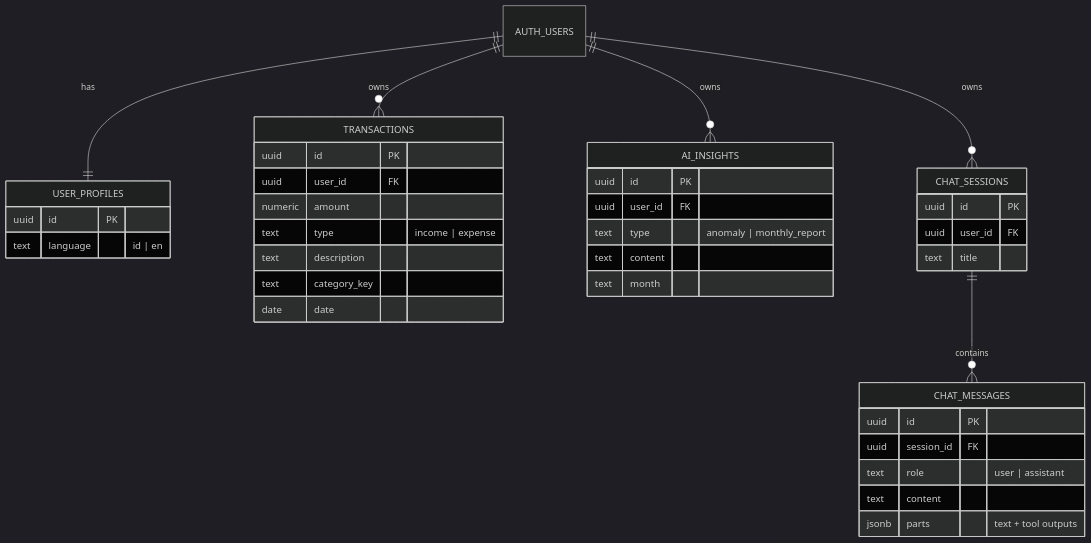
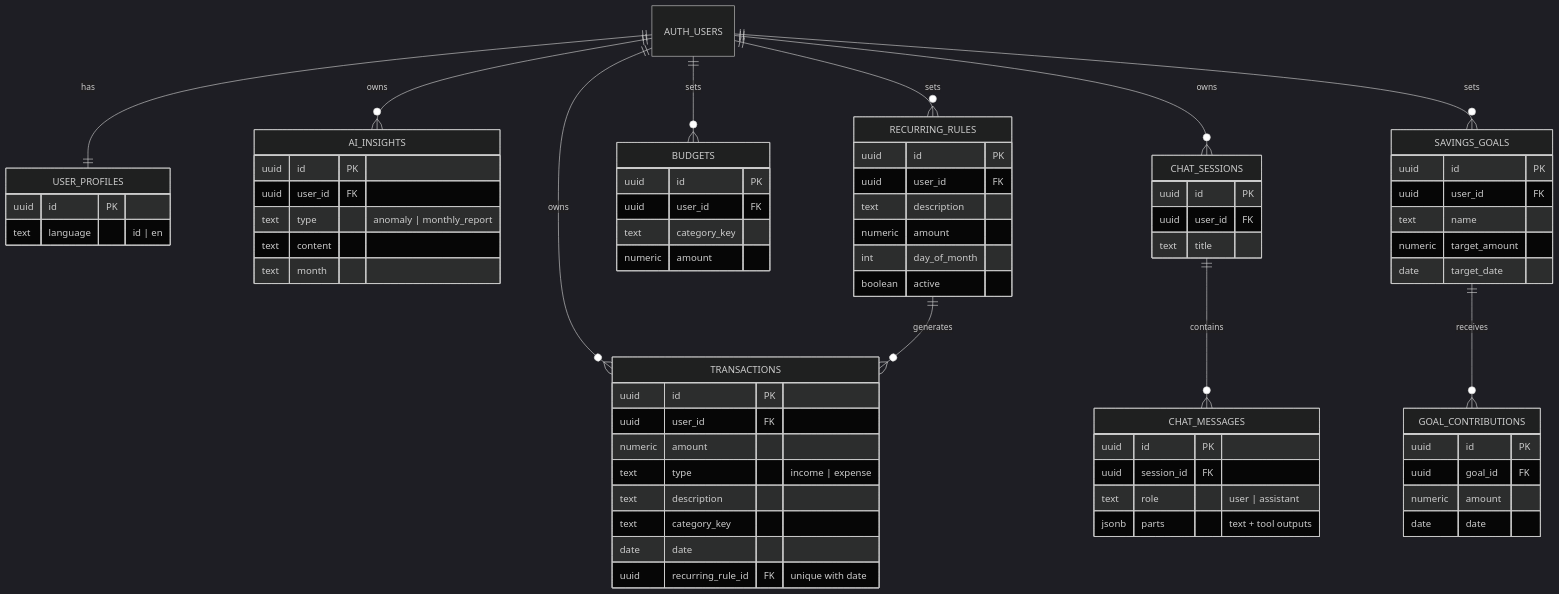
Before and after one commit to filan214/AIFinanceTracker: the fourth of 4 diagrams in README.md, drawn with Mermaid (dark theme). The commit also changed other lines of this file, not shown here.

````diff
--- a/README.md
+++ b/README.md
@@ -121,41 +160,73 @@
 ```mermaid
 erDiagram
     AUTH_USERS ||--|| USER_PROFILES : has
     AUTH_USERS ||--o{ TRANSACTIONS : owns
     AUTH_USERS ||--o{ AI_INSIGHTS : owns
     AUTH_USERS ||--o{ CHAT_SESSIONS : owns
     CHAT_SESSIONS ||--o{ CHAT_MESSAGES : contains
+    AUTH_USERS ||--o{ BUDGETS : sets
+    AUTH_USERS ||--o{ SAVINGS_GOALS : sets
+    SAVINGS_GOALS ||--o{ GOAL_CONTRIBUTIONS : receives
+    AUTH_USERS ||--o{ RECURRING_RULES : sets
+    RECURRING_RULES ||--o{ TRANSACTIONS : generates
 
     USER_PROFILES {
         uuid id PK
         text language "id | en"
     }
     TRANSACTIONS {
         uuid id PK
         uuid user_id FK
         numeric amount
         text type "income | expense"
         text description
         text category_key
         date date
+        uuid recurring_rule_id FK "unique with date"
     }
     AI_INSIGHTS {
         uuid id PK
         uuid user_id FK
         text type "anomaly | monthly_report"
         text content
         text month
     }
     CHAT_SESSIONS {
         uuid id PK
         uuid user_id FK
         text title
     }
     CHAT_MESSAGES {
         uuid id PK
         uuid session_id FK
         text role "user | assistant"
-        text content
         jsonb parts "text + tool outputs"
     }
+    BUDGETS {
+        uuid id PK
+        uuid user_id FK
+        text category_key
+        numeric amount
+    }
+    SAVINGS_GOALS {
+        uuid id PK
+        uuid user_id FK
+        text name
+        numeric target_amount
+        date target_date
+    }
+    GOAL_CONTRIBUTIONS {
+        uuid id PK
+        uuid goal_id FK
+        numeric amount
+        date date
+    }
+    RECURRING_RULES {
+        uuid id PK
+        uuid user_id FK
+        text description
+        numeric amount
+        int day_of_month
+        boolean active
+    }
 ```
````
